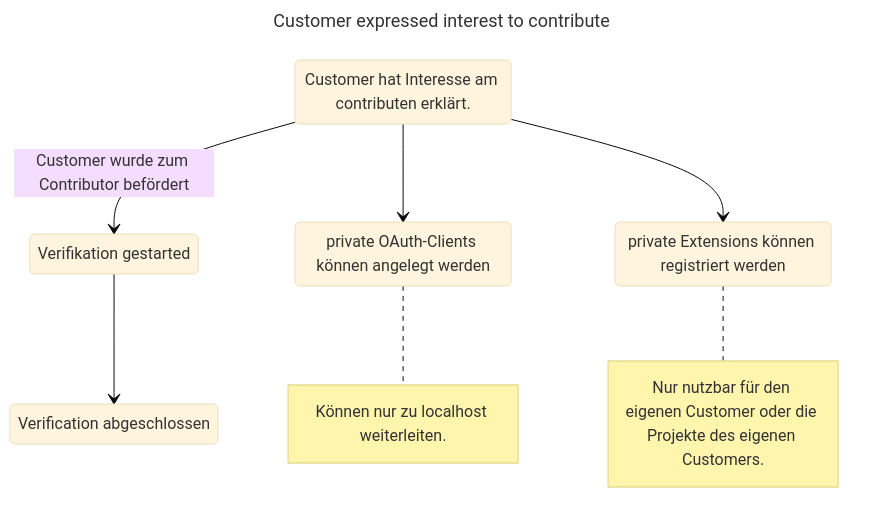
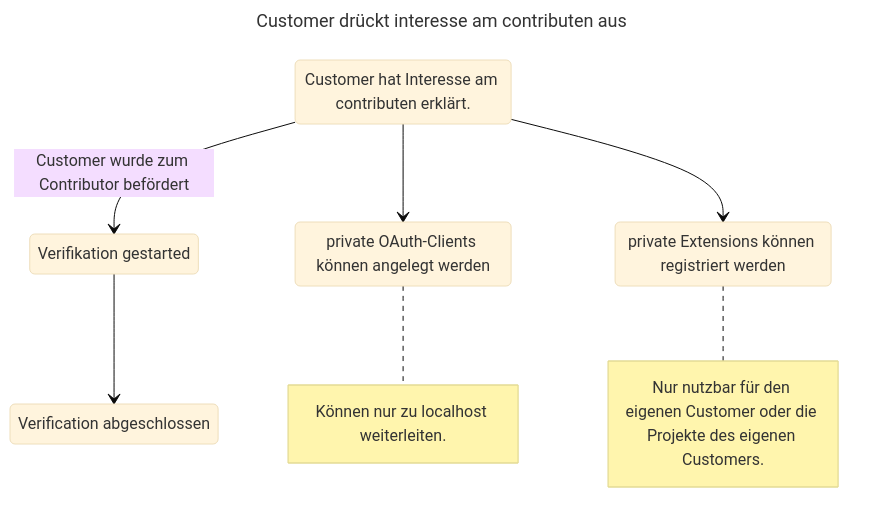
One commit to mittwald/developer-portal changed the first of 2 diagrams in i18n/de/docusaurus-plugin-content-docs/current/contribution/30-overview/3-contributor.mdx. Above: the diagram before and after it, drawn with Mermaid (base theme). The commit also changed other lines of this file and 1 other file, not shown here.

````diff
--- a/i18n/de/docusaurus-plugin-content-docs/current/contribution/30-overview/3-contributor.mdx
+++ b/i18n/de/docusaurus-plugin-content-docs/current/contribution/30-overview/3-contributor.mdx
@@ -8,24 +8,24 @@
 ```mermaid
 ---
-title: Customer expressed interest to contribute
+title: Customer drückt interesse am contributen aus
 ---
 
 stateDiagram-v2
     C1: Customer hat Interesse am contributen erklärt.
     C2: Verifikation gestarted
     C3: Verification abgeschlossen
     E1: private Extensions können registriert werden
     O1: private OAuth-Clients können angelegt werden
 
     note right of O1
         Können nur zu localhost weiterleiten.
     end note
     note right of E1
         Nur nutzbar für den eigenen Customer oder die Projekte des eigenen Customers.
     end note
 
     C1 --> C2: Customer wurde zum Contributor befördert
     C2 --> C3
     C1 --> E1
     C1 --> O1
 ```
````
